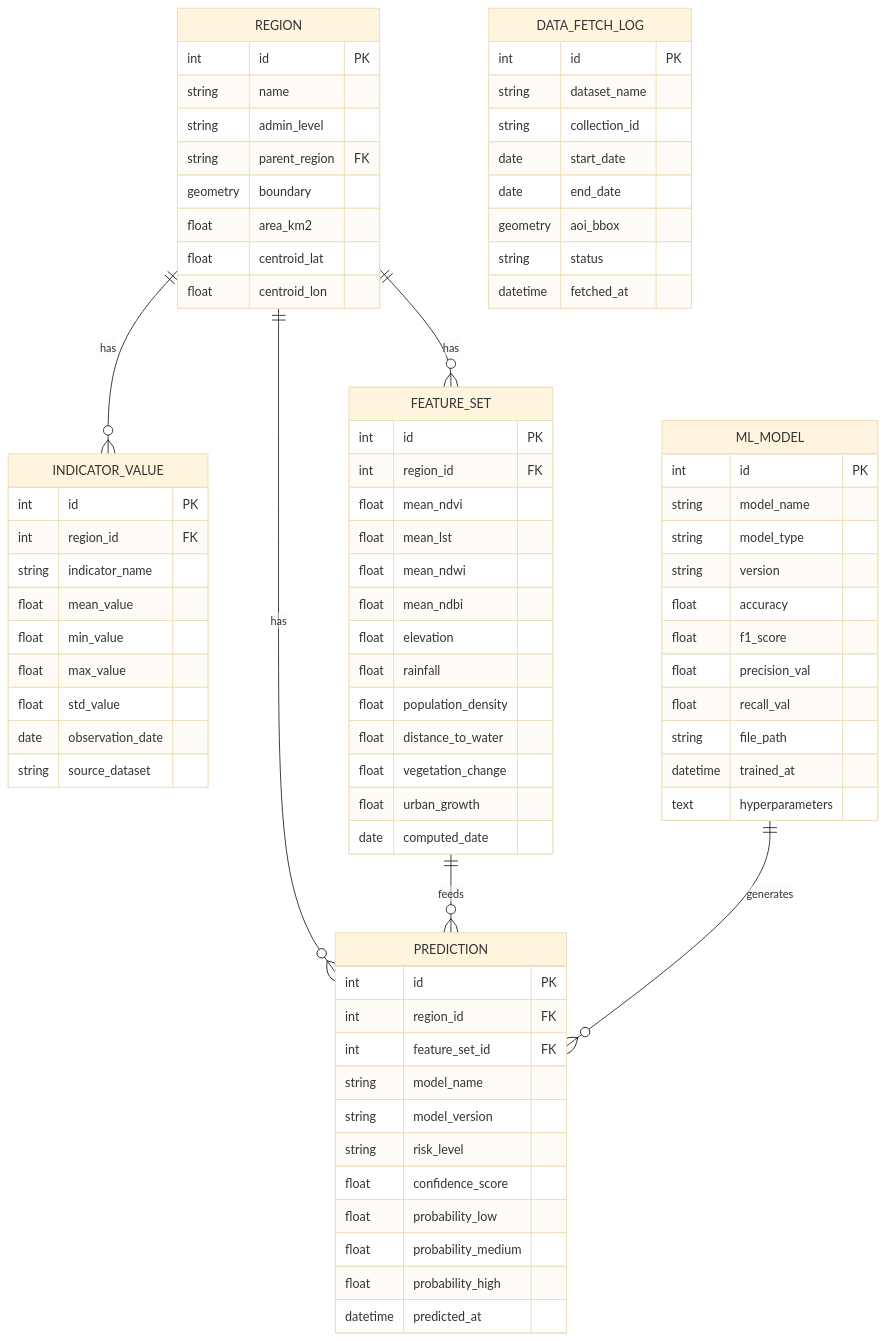
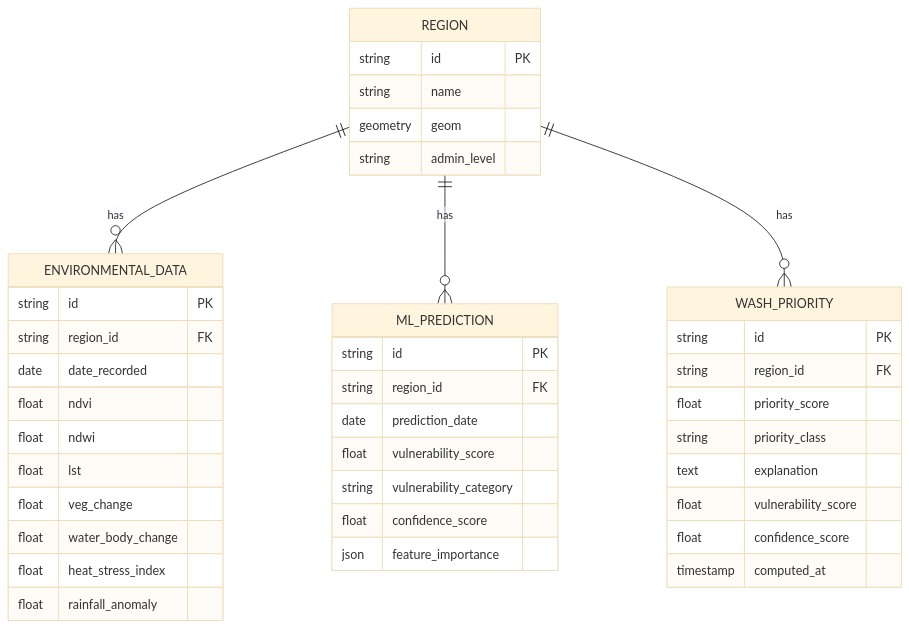
One commit to Adds14/AI-GEO-NGO changed the second of 2 diagrams in docs/architecture.md. Above: the diagram before and after it, drawn with Mermaid (base theme). The commit also changed other lines of this file and 5 other files, not shown here.

First line of the commit message:
Refactor: Reframe project scope + add WASH Priority Engine

````diff
--- a/docs/architecture.md
+++ b/docs/architecture.md
@@ -385,86 +172,47 @@
 ```mermaid
 erDiagram
+    REGION ||--o{ ENVIRONMENTAL_DATA : has
+    REGION ||--o{ ML_PREDICTION : has
+    REGION ||--o{ WASH_PRIORITY : has
+
     REGION {
-        int id PK
+        string id PK
         string name
+        geometry geom
         string admin_level
-        string parent_region FK
-        geometry boundary
-        float area_km2
-        float centroid_lat
-        float centroid_lon
     }
 
-    INDICATOR_VALUE {
-        int id PK
-        int region_id FK
-        string indicator_name
-        float mean_value
-        float min_value
-        float max_value
-        float std_value
-        date observation_date
-        string source_dataset
+    ENVIRONMENTAL_DATA {
+        string id PK
+        string region_id FK
+        date date_recorded
+        float ndvi
+        float ndwi
+        float lst
+        float veg_change
+        float water_body_change
+        float heat_stress_index
+        float rainfall_anomaly
     }
 
-    FEATURE_SET {
-        int id PK
-        int region_id FK
-        float mean_ndvi
-        float mean_lst
-        float mean_ndwi
-        float mean_ndbi
-        float elevation
-        float rainfall
-        float population_density
-        float distance_to_water
-        float vegetation_change
-        float urban_growth
-        date computed_date
+    ML_PREDICTION {
+        string id PK
+        string region_id FK
+        date prediction_date
+        float vulnerability_score
+        string vulnerability_category
+        float confidence_score
+        json feature_importance
     }
 
-    PREDICTION {
-        int id PK
-        int region_id FK
-        int feature_set_id FK
-        string model_name
-        string model_version
-        string risk_level
+    WASH_PRIORITY {
+        string id PK
+        string region_id FK
+        float priority_score
+        string priority_class
+        text explanation
+        float vulnerability_score
         float confidence_score
-        float probability_low
-        float probability_medium
-        float probability_high
-        datetime predicted_at
+        timestamp computed_at
     }
-
-    ML_MODEL {
-        int id PK
-        string model_name
-        string model_type
-        string version
-        float accuracy
-        float f1_score
-        float precision_val
-        float recall_val
-        string file_path
-        datetime trained_at
-        text hyperparameters
-    }
-
-    DATA_FETCH_LOG {
-        int id PK
-        string dataset_name
-        string collection_id
-        date start_date
-        date end_date
-        geometry aoi_bbox
-        string status
-        datetime fetched_at
-    }
-
-    REGION ||--o{ INDICATOR_VALUE : "has"
-    REGION ||--o{ FEATURE_SET : "has"
-    REGION ||--o{ PREDICTION : "has"
-    FEATURE_SET ||--o{ PREDICTION : "feeds"
-    ML_MODEL ||--o{ PREDICTION : "generates"
 ```
````
